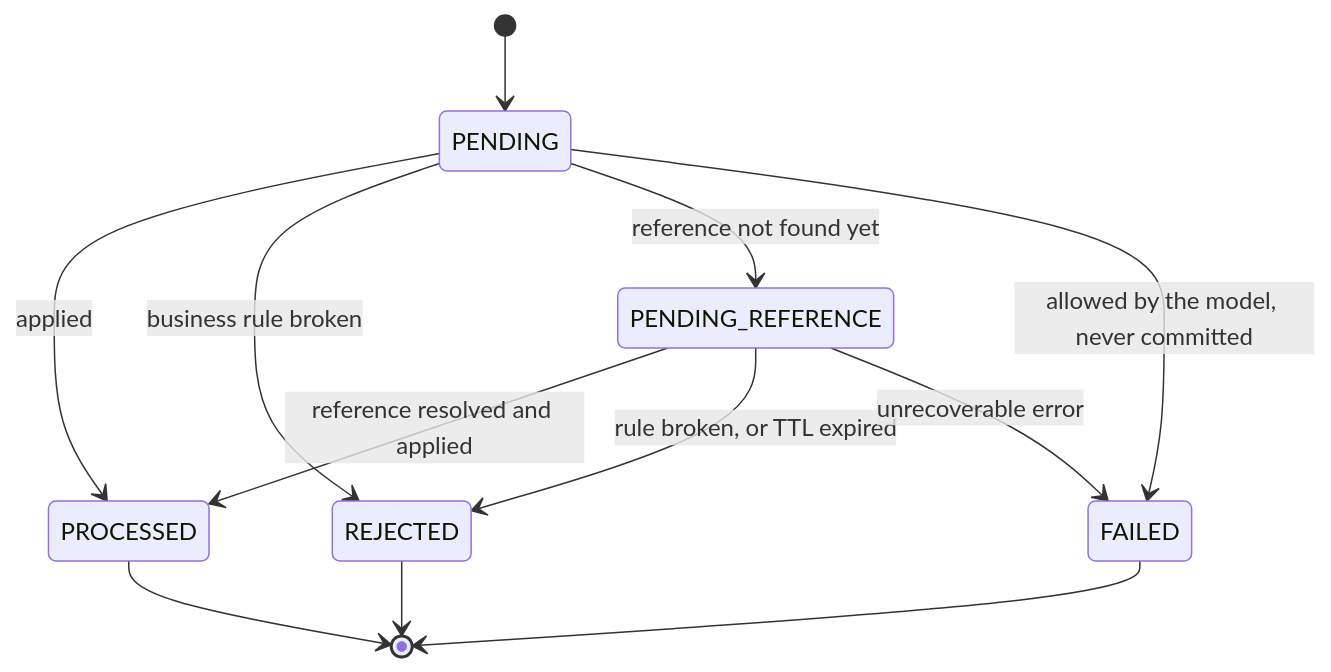
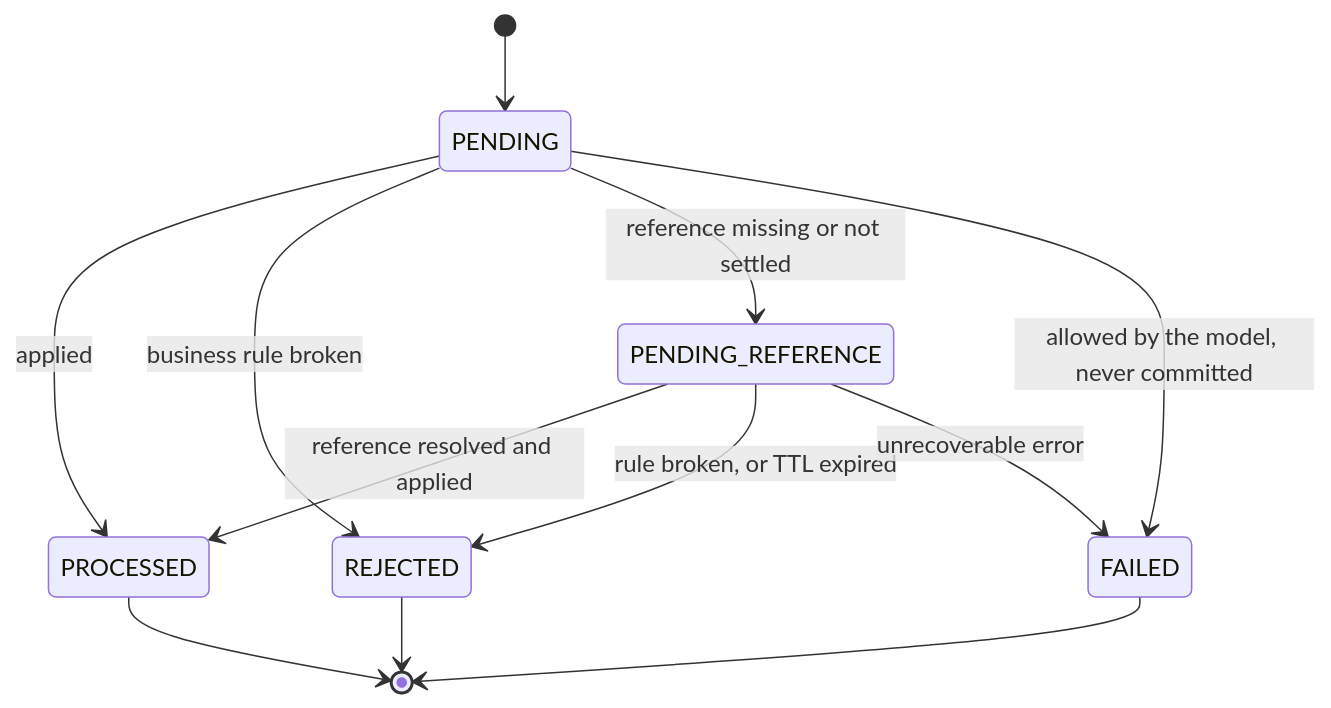
Before and after one commit to deltemp/backend-challenge: the second of 2 diagrams in ARCHITECTURE.md, drawn with Mermaid. The commit also changed other lines of this file and 1 other file, not shown here.

First line of the commit message:
docs: resolve the open architecture points

````diff
--- a/ARCHITECTURE.md
+++ b/ARCHITECTURE.md
@@ -116,14 +116,14 @@
 ```mermaid
 stateDiagram-v2
   [*] --> PENDING
   PENDING --> PROCESSED: applied
   PENDING --> REJECTED: business rule broken
-  PENDING --> PENDING_REFERENCE: reference not found yet
+  PENDING --> PENDING_REFERENCE: reference missing or not settled
   PENDING --> FAILED: allowed by the model, never committed
   PENDING_REFERENCE --> PROCESSED: reference resolved and applied
   PENDING_REFERENCE --> REJECTED: rule broken, or TTL expired
   PENDING_REFERENCE --> FAILED: unrecoverable error
   PROCESSED --> [*]
   REJECTED --> [*]
   FAILED --> [*]
 ```
````
